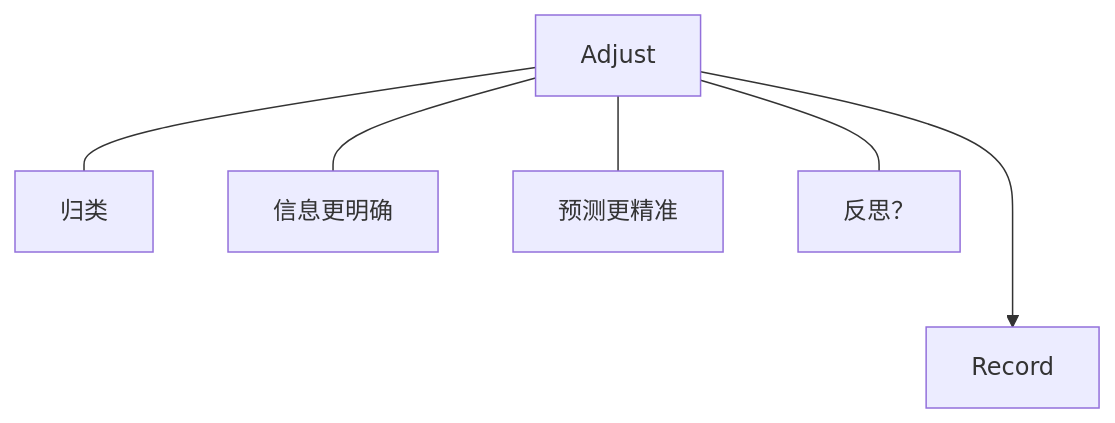
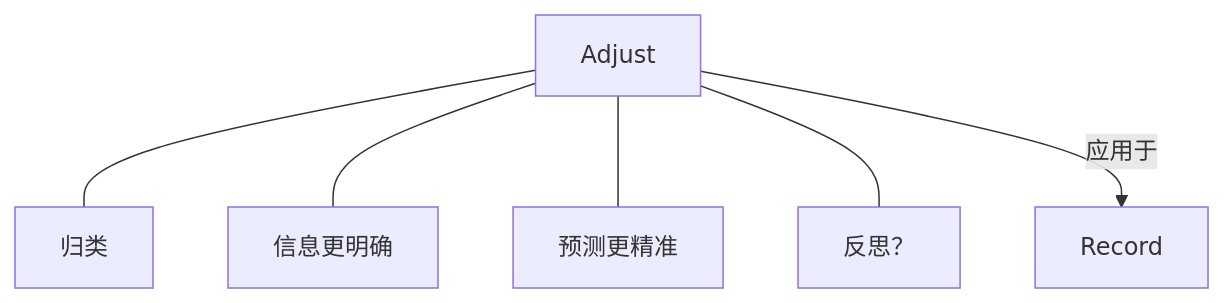
The fourth of 6 diagrams in domain/domain.md (nielinjie/noAccount), drawn with Mermaid before and after one commit. The commit also changed 12 other files, not shown here.

````diff
--- a/domain/domain.md
+++ b/domain/domain.md
@@ -64,9 +64,9 @@
 ```mermaid
     flowchart TB
 A[Adjust] --- 归类
 A --- 信息更明确
 A --- 预测更精准
 A --- F["反思？"]
 
-A ---> Record
+A --应用于--> Record
 ```
````
